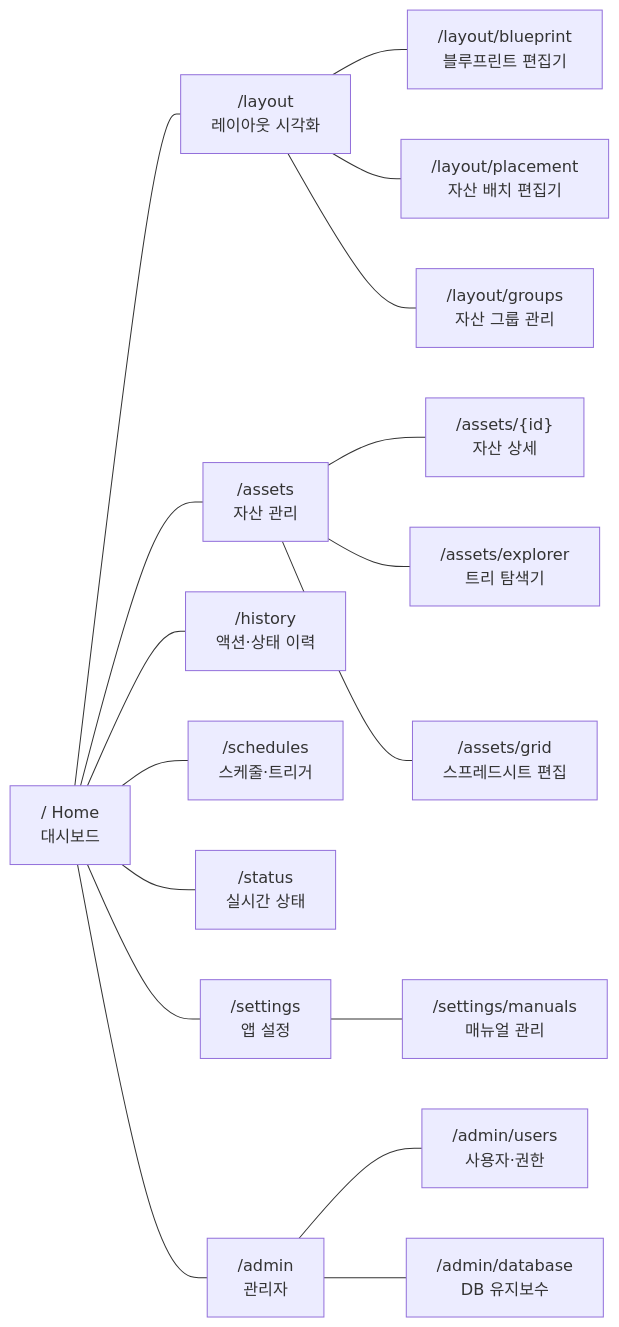
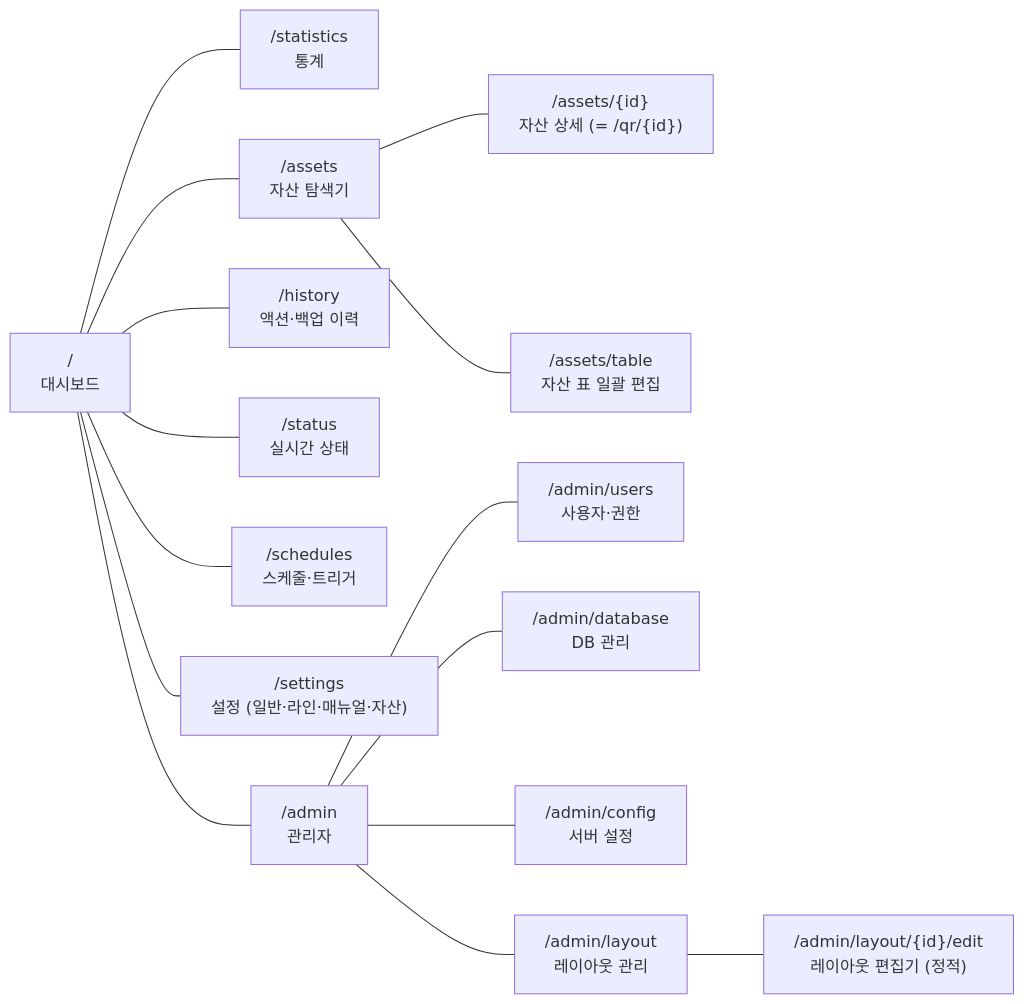
The first of 3 diagrams in README.md (DualsoftDev/twms2), drawn with Mermaid before and after one commit. The commit also changed other lines of this file, not shown here.

````diff
--- a/README.md
+++ b/README.md
@@ -100,25 +112,22 @@
 ```mermaid
 graph LR
-    Root["/ Home<br/>대시보드"]
+    Root["/<br/>대시보드"]
 
-    Root --- Layout["/layout<br/>레이아웃 시각화"]
-    Layout --- Blueprint["/layout/blueprint<br/>블루프린트 편집기"]
-    Layout --- Placement["/layout/placement<br/>자산 배치 편집기"]
-    Layout --- Groups["/layout/groups<br/>자산 그룹 관리"]
+    Root --- Statistics["/statistics<br/>통계"]
 
-    Root --- Assets["/assets<br/>자산 관리"]
-    Assets --- Detail["/assets/{id}<br/>자산 상세"]
-    Assets --- Explorer["/assets/explorer<br/>트리 탐색기"]
-    Assets --- Grid["/assets/grid<br/>스프레드시트 편집"]
+    Root --- Assets["/assets<br/>자산 탐색기"]
+    Assets --- Detail["/assets/{id}<br/>자산 상세 (= /qr/{id})"]
+    Assets --- Table["/assets/table<br/>자산 표 일괄 편집"]
 
-    Root --- History["/history<br/>액션·상태 이력"]
+    Root --- History["/history<br/>액션·백업 이력"]
+    Root --- Status["/status<br/>실시간 상태"]
     Root --- Schedules["/schedules<br/>스케줄·트리거"]
-    Root --- Status["/status<br/>실시간 상태"]
-
-    Root --- Settings["/settings<br/>앱 설정"]
-    Settings --- Manuals["/settings/manuals<br/>매뉴얼 관리"]
+    Root --- Settings["/settings<br/>설정 (일반·라인·매뉴얼·자산)"]
 
     Root --- Admin["/admin<br/>관리자"]
     Admin --- Users["/admin/users<br/>사용자·권한"]
-    Admin --- DB["/admin/database<br/>DB 유지보수"]
+    Admin --- DB["/admin/database<br/>DB 관리"]
+    Admin --- Config["/admin/config<br/>서버 설정"]
+    Admin --- LayoutMgmt["/admin/layout<br/>레이아웃 관리"]
+    LayoutMgmt --- LayoutEdit["/admin/layout/{id}/edit<br/>레이아웃 편집기 (정적)"]
 ```
````
